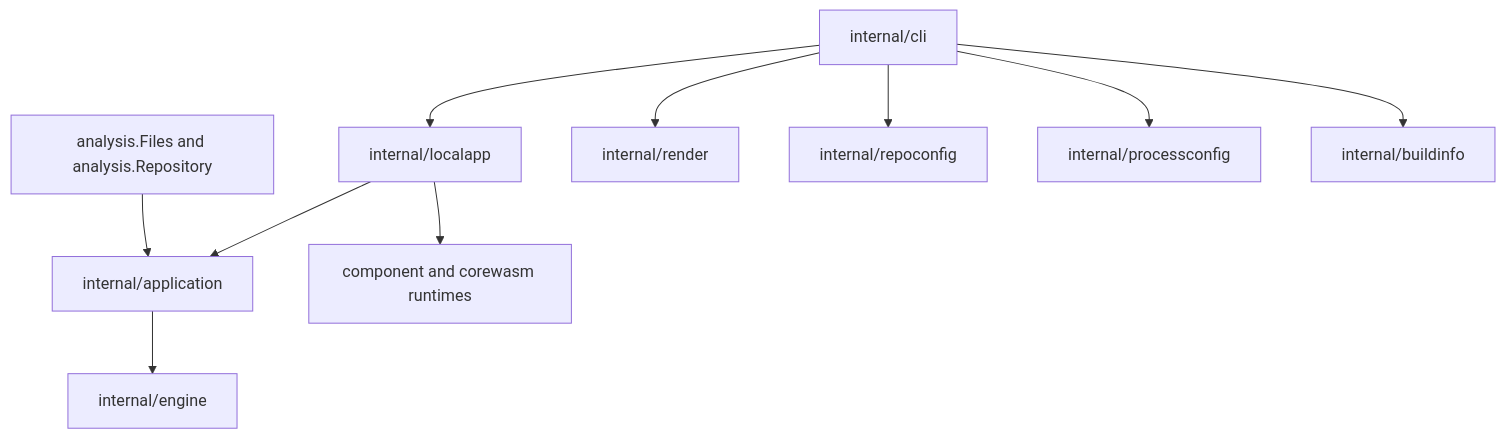
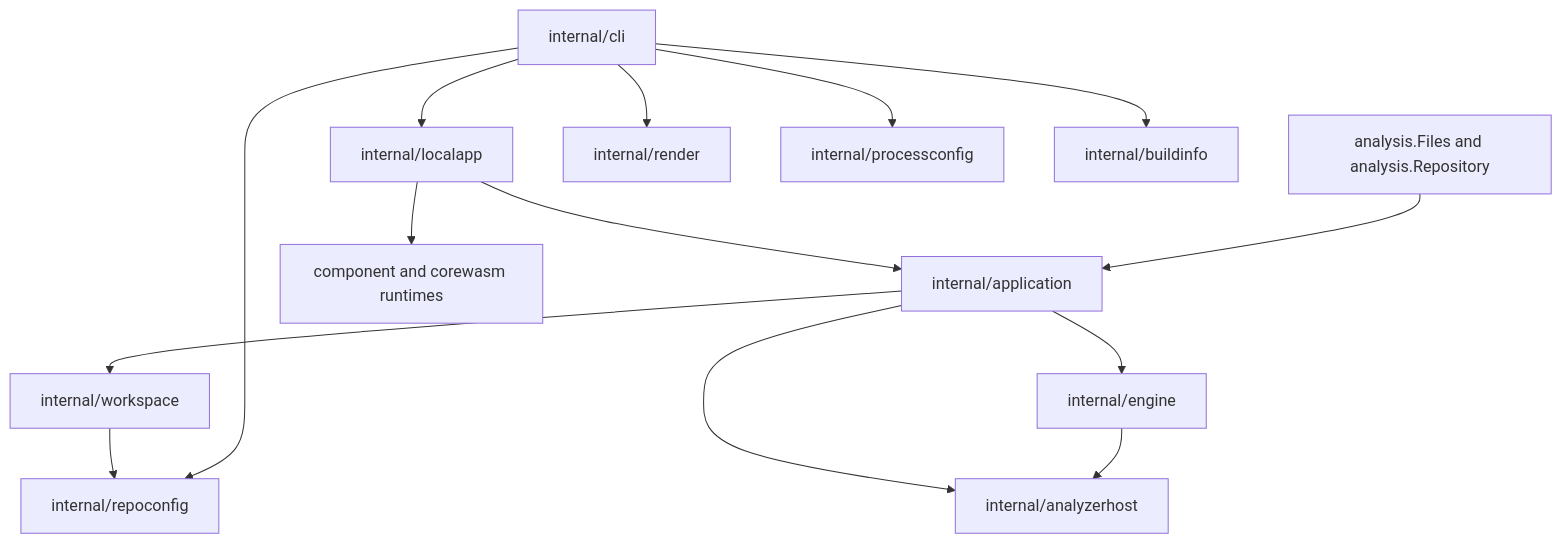
One commit to kjanat/actionlint changed the diagram in docs/design/application-boundary.md. Above: the diagram before and after it, drawn with Mermaid. The commit also changed other lines of this file and 68 other files, not shown here.

````diff
--- a/docs/design/application-boundary.md
+++ b/docs/design/application-boundary.md
@@ -9,12 +9,16 @@
 ```mermaid
 flowchart TD
     CLI[internal/cli] --> Local[internal/localapp]
     Local --> App[internal/application]
     Local --> Runtime[component and corewasm runtimes]
     Library[analysis.Files and analysis.Repository] --> App
+    App --> Workspace[internal/workspace]
+    Workspace --> Config[internal/repoconfig]
     App --> Engine[internal/engine]
+    App --> Host[internal/analyzerhost]
+    Engine --> Host
     CLI --> Render[internal/render]
     CLI --> Config[internal/repoconfig]
     CLI --> Process[internal/processconfig]
     CLI --> Build[internal/buildinfo]
 ```
````
